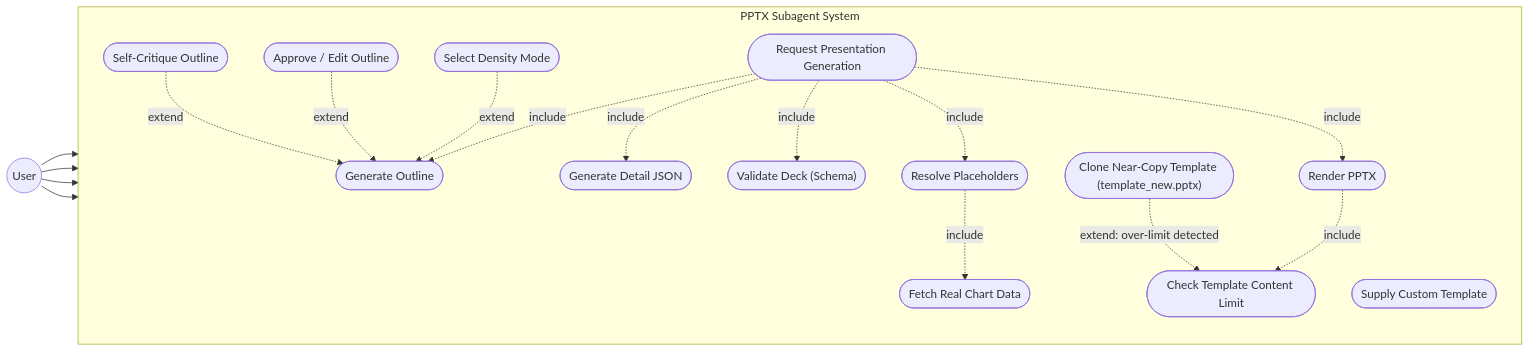
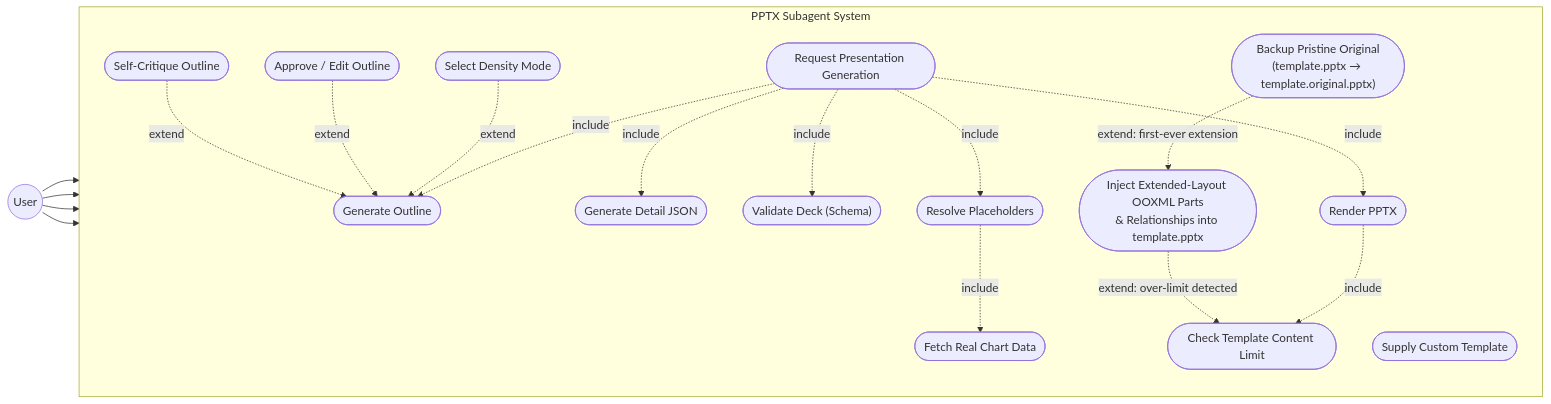
Before and after one commit to wcyapplemist/opencode-config-template-chenyu: the diagram in docs/use-case/use-case-diagram.mmd, drawn with Mermaid. The commit also changed 8 other files, not shown here.

First line of the commit message:
docs(ppt-engine): add gap analysis + requirements, document persistent template extension

```diff
--- a/docs/use-case/use-case-diagram.mmd
+++ b/docs/use-case/use-case-diagram.mmd
@@ -1,40 +1,42 @@
 %% PPTX Subagent System — Use Case Diagram
 %% Render at https://mermaid.live (paste everything below the line)
 flowchart LR
     User((User))
 
     subgraph SYS["PPTX Subagent System"]
         direction TB
         UC1(["Request Presentation Generation"])
         UC2(["Supply Custom Template"])
         UC3(["Select Density Mode"])
         UC4(["Approve / Edit Outline"])
         UC5(["Self-Critique Outline"])
         UC6(["Generate Outline"])
         UC7(["Generate Detail JSON"])
         UC8(["Fetch Real Chart Data"])
         UC9(["Validate Deck (Schema)"])
         UC10(["Resolve Placeholders"])
         UC11(["Render PPTX"])
         UC12(["Check Template Content Limit"])
-        UC13(["Clone Near-Copy Template (template_new.pptx)"])
+        UC13(["Backup Pristine Original<br/>(template.pptx → template.original.pptx)"])
+        UC14(["Inject Extended-Layout OOXML Parts<br/>& Relationships into template.pptx"])
     end
 
     User --> UC1
     User --> UC2
     User --> UC3
     User --> UC4
 
     UC1 -.->|"include"| UC6
     UC1 -.->|"include"| UC7
     UC1 -.->|"include"| UC9
     UC1 -.->|"include"| UC10
     UC1 -.->|"include"| UC11
     UC10 -.->|"include"| UC8
 
     UC11 -.->|"include"| UC12
-    UC13 -.->|"extend: over-limit detected"| UC12
+    UC14 -.->|"extend: over-limit detected"| UC12
+    UC13 -.->|"extend: first-ever extension"| UC14
 
     UC3 -.->|"extend"| UC6
     UC4 -.->|"extend"| UC6
     UC5 -.->|"extend"| UC6
```
